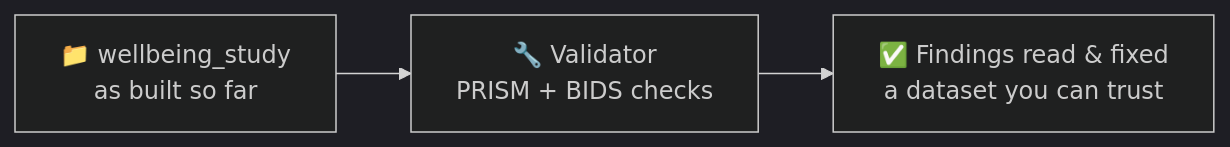
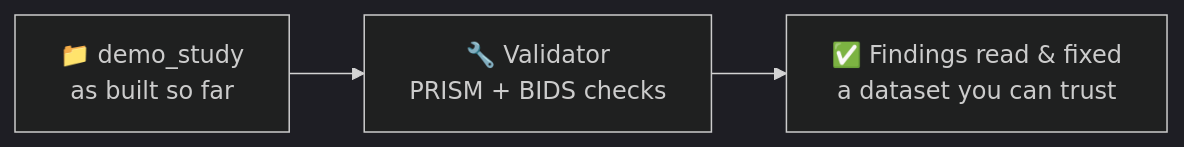
Before and after one commit to MRI-Lab-Graz/prism-studio: the diagram in docs/TUTORIAL_BEGINNER_5_VALIDATOR.md, drawn with Mermaid (dark theme). The commit also changed other lines of this file and 33 other files, not shown here.

````diff
--- a/docs/TUTORIAL_BEGINNER_5_VALIDATOR.md
+++ b/docs/TUTORIAL_BEGINNER_5_VALIDATOR.md
@@ -12,5 +12,5 @@
 ```{mermaid}
 flowchart LR
-    A["📁 wellbeing_study<br/>as built so far"] --> B["🔧 Validator<br/>PRISM + BIDS checks"]
+    A["📁 demo_study<br/>as built so far"] --> B["🔧 Validator<br/>PRISM + BIDS checks"]
     B --> C["✅ Findings read & fixed<br/>a dataset you can trust"]
 ```
````
